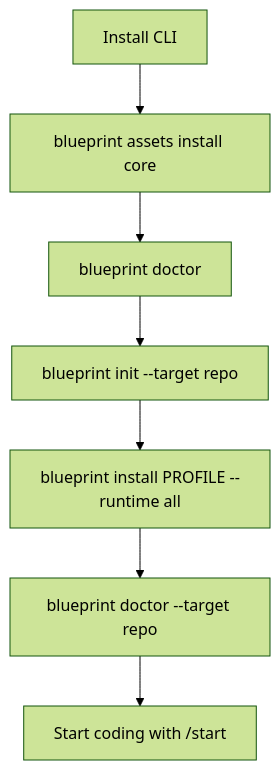
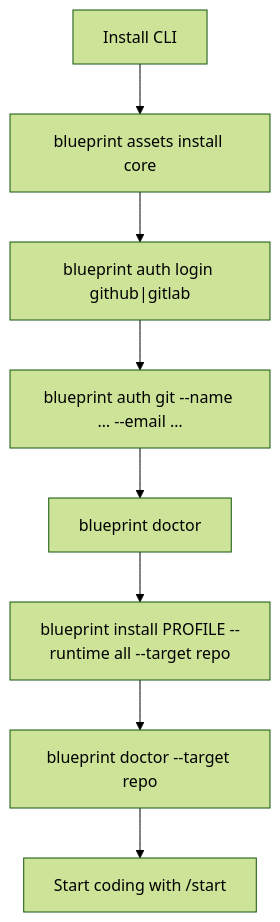
Before and after one commit to krerapus/agent-harness-blueprint: the first of 2 diagrams in docs/setup.md, drawn with Mermaid (forest theme). The commit also changed other lines of this file and 33 other files, not shown here.

First line of the commit message:
feat: auth, install merge, contributor tooling, and docs SoT cleanup (#12)

````diff
--- a/docs/setup.md
+++ b/docs/setup.md
@@ -27,9 +27,10 @@
 ```mermaid
 flowchart TD
   A[Install CLI] --> B["blueprint assets install core"]
-  B --> C["blueprint doctor"]
-  C --> D["blueprint init --target repo"]
-  D --> E["blueprint install PROFILE --runtime all"]
-  E --> F["blueprint doctor --target repo"]
-  F --> G[Start coding with /start]
+  B --> C["blueprint auth login github|gitlab"]
+  C --> D["blueprint auth git --name … --email …"]
+  D --> E["blueprint doctor"]
+  E --> F["blueprint install PROFILE --runtime all --target repo"]
+  F --> G["blueprint doctor --target repo"]
+  G --> H[Start coding with /start]
 ```
````
